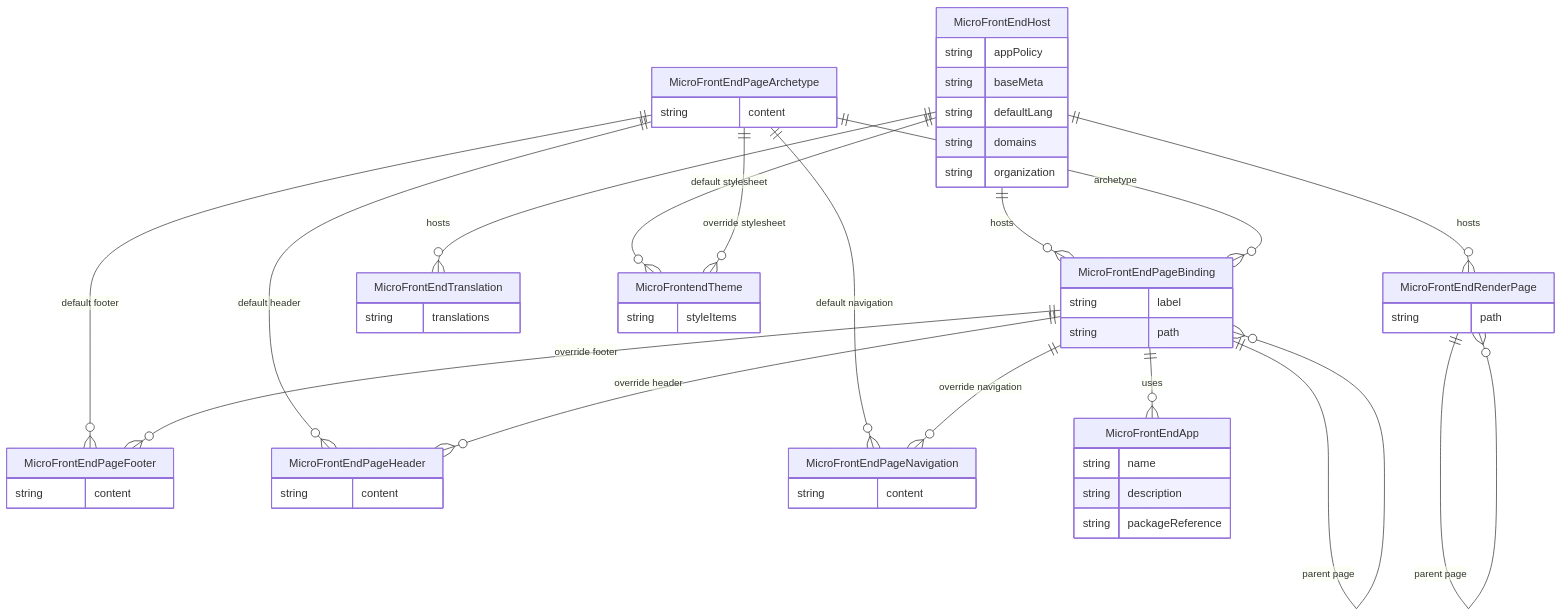
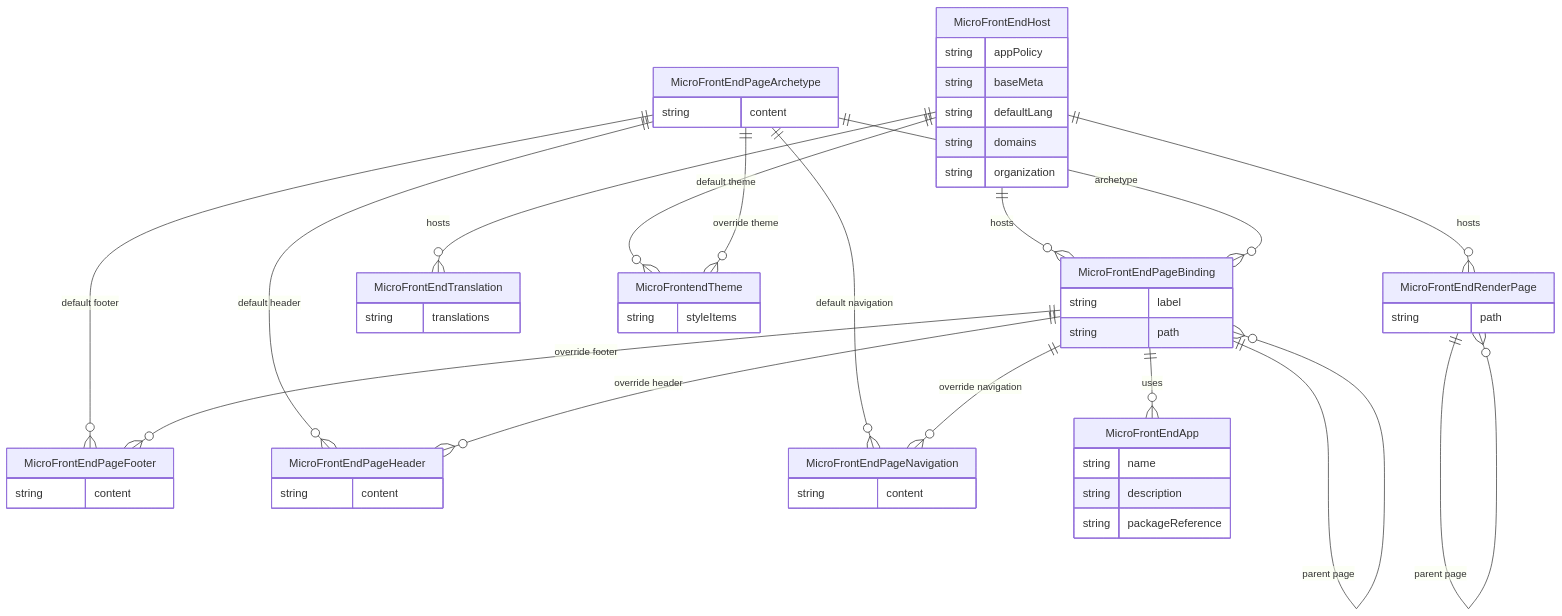
The diagram in CRD_RELATIONSHIPS.md (kdex-tech/kdex-crds), drawn with Mermaid before and after one commit. The commit also changed 4 other files, not shown here.

````diff
--- a/CRD_RELATIONSHIPS.md
+++ b/CRD_RELATIONSHIPS.md
@@ -5,68 +5,68 @@
 ```mermaid
 erDiagram
     MicroFrontEndHost ||--o{ MicroFrontEndPageBinding : "hosts"
     MicroFrontEndHost ||--o{ MicroFrontEndRenderPage : "hosts"
     MicroFrontEndHost ||--o{ MicroFrontEndTranslation : "hosts"
-    MicroFrontEndHost ||--o{ MicroFrontendTheme : "default stylesheet"
+    MicroFrontEndHost ||--o{ MicroFrontendTheme : "default theme"
 
     MicroFrontEndPageArchetype ||--o{ MicroFrontEndPageBinding : "archetype"
     MicroFrontEndPageArchetype ||--o{ MicroFrontEndPageFooter : "default footer"
     MicroFrontEndPageArchetype ||--o{ MicroFrontEndPageHeader : "default header"
     MicroFrontEndPageArchetype ||--o{ MicroFrontEndPageNavigation : "default navigation"
-    MicroFrontEndPageArchetype ||--o{ MicroFrontendTheme : "override stylesheet"
+    MicroFrontEndPageArchetype ||--o{ MicroFrontendTheme : "override theme"
 
     MicroFrontEndPageBinding ||--o{ MicroFrontEndApp : "uses"
     MicroFrontEndPageBinding ||--o{ MicroFrontEndPageFooter : "override footer"
     MicroFrontEndPageBinding ||--o{ MicroFrontEndPageHeader : "override header"
     MicroFrontEndPageBinding ||--o{ MicroFrontEndPageNavigation : "override navigation"
     MicroFrontEndPageBinding ||--o{ MicroFrontEndPageBinding : "parent page"
 
     MicroFrontEndRenderPage ||--o{ MicroFrontEndRenderPage : "parent page"
 
     MicroFrontEndApp {
         string name
         string description
         string packageReference
     }
 
     MicroFrontEndHost {
         string appPolicy
         string baseMeta
         string defaultLang
         string domains
         string organization
     }
 
     MicroFrontEndPageArchetype {
         string content
     }
 
     MicroFrontEndPageBinding {
         string label
         string path
     }
 
     MicroFrontEndPageFooter {
         string content
     }
 
     MicroFrontEndPageHeader {
         string content
     }
 
     MicroFrontEndPageNavigation {
         string content
     }
 
     MicroFrontEndRenderPage {
         string path
     }
 
     MicroFrontendTheme {
         string styleItems
     }
 
     MicroFrontEndTranslation {
         string translations
     }
 ```
````
